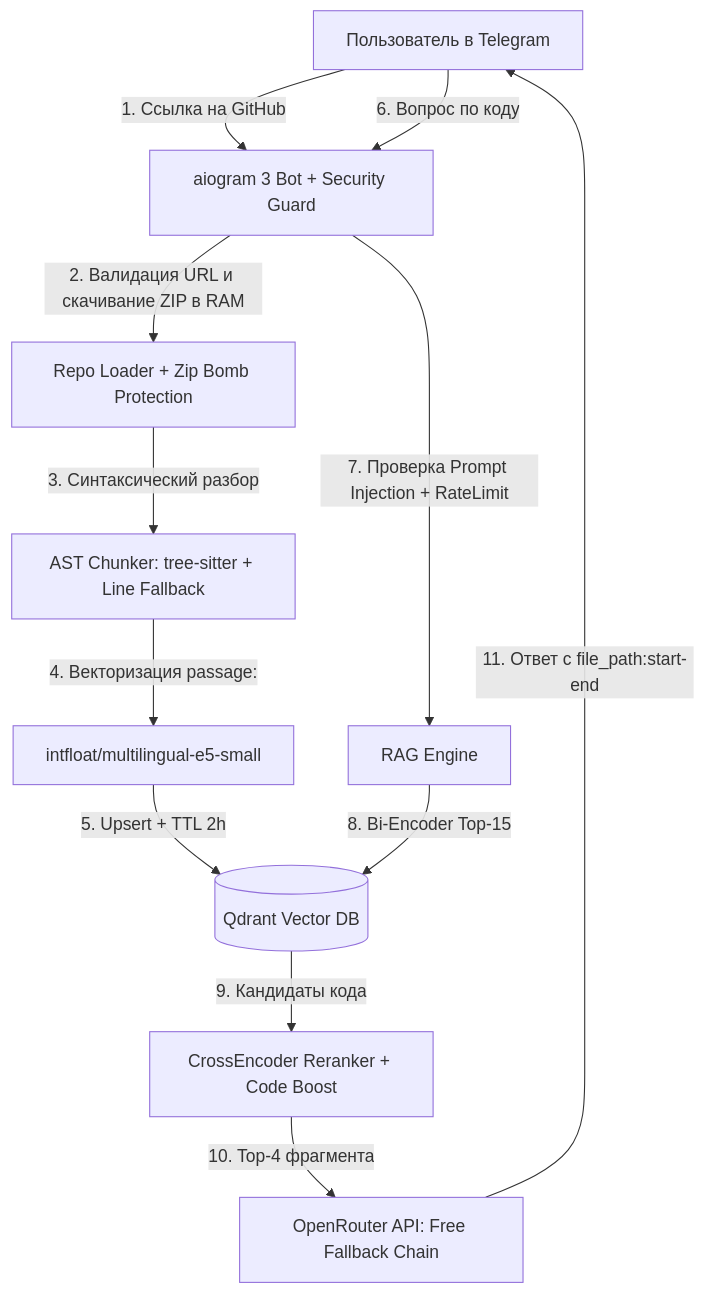
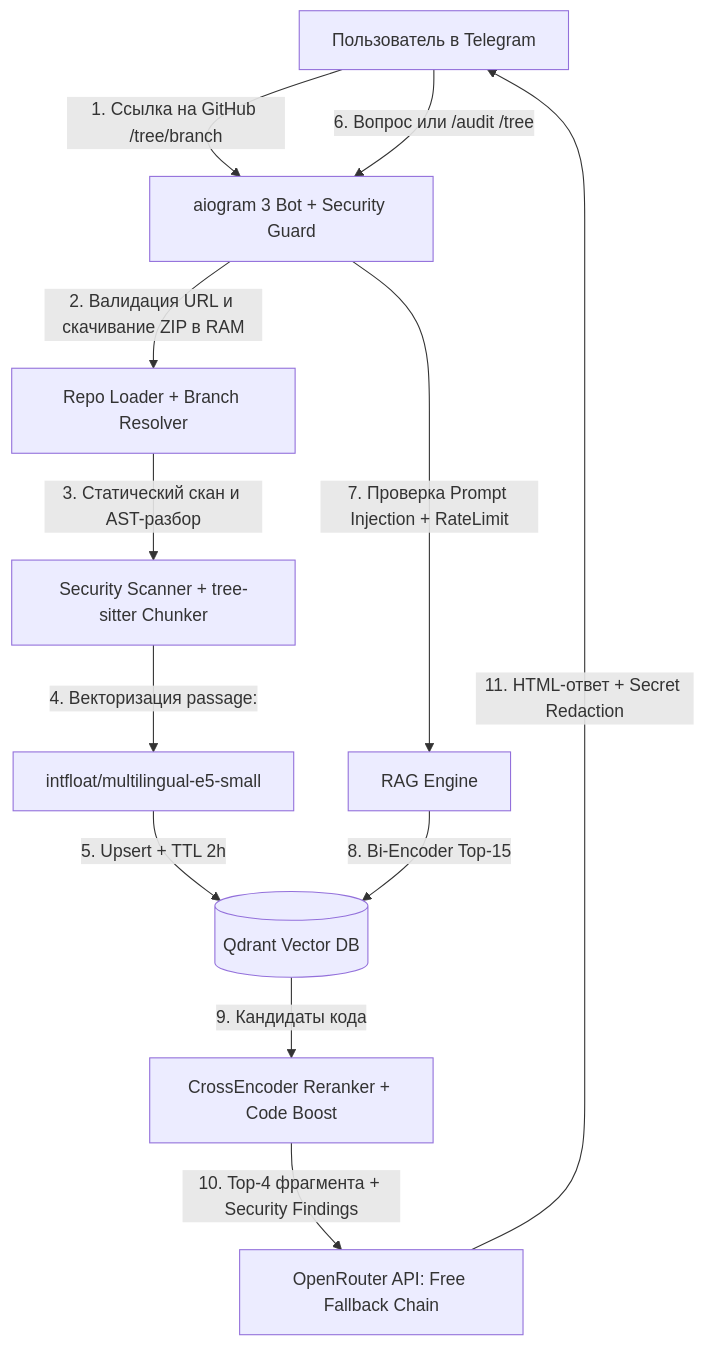
Before and after one commit to bad-cyber/repo-navigator-bot: the diagram in README.md, drawn with Mermaid. The commit also changed other lines of this file and 8 other files, not shown here.

Commit message:
feat(v0.2.0): add branch support, /tree, /audit security scanner and clickable links

````diff
--- a/README.md
+++ b/README.md
@@ -7,15 +7,15 @@
 ```mermaid
 flowchart TD
-    U[Пользователь в Telegram] -->|1. Ссылка на GitHub| B[aiogram 3 Bot + Security Guard]
-    B -->|2. Валидация URL и скачивание ZIP в RAM| L[Repo Loader + Zip Bomb Protection]
-    L -->|3. Синтаксический разбор| C[AST Chunker: tree-sitter + Line Fallback]
+    U[Пользователь в Telegram] -->|1. Ссылка на GitHub /tree/branch| B[aiogram 3 Bot + Security Guard]
+    B -->|2. Валидация URL и скачивание ZIP в RAM| L[Repo Loader + Branch Resolver]
+    L -->|3. Статический скан и AST-разбор| C[Security Scanner + tree-sitter Chunker]
     C -->|4. Векторизация passage:| E[intfloat/multilingual-e5-small]
     E -->|5. Upsert + TTL 2h| Q[(Qdrant Vector DB)]
 
-    U -->|6. Вопрос по коду| B
+    U -->|6. Вопрос или /audit /tree| B
     B -->|7. Проверка Prompt Injection + RateLimit| R[RAG Engine]
     R -->|8. Bi-Encoder Top-15| Q
     Q -->|9. Кандидаты кода| RR[CrossEncoder Reranker + Code Boost]
-    RR -->|10. Top-4 фрагмента| LLM[OpenRouter API: Free Fallback Chain]
-    LLM -->|11. Ответ с file_path:start-end| U
+    RR -->|10. Top-4 фрагмента + Security Findings| LLM[OpenRouter API: Free Fallback Chain]
+    LLM -->|11. HTML-ответ + Secret Redaction| U
 ```
````
